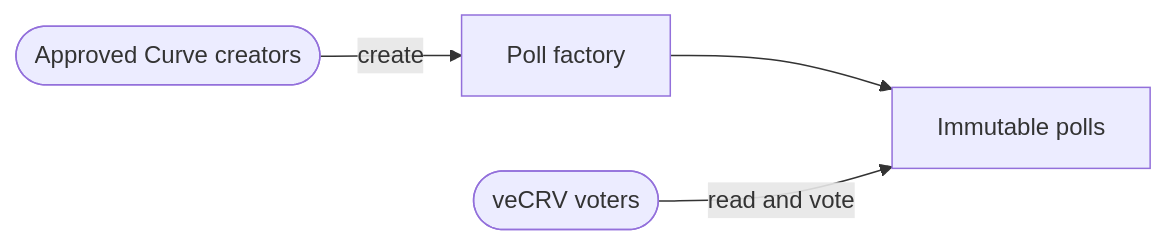
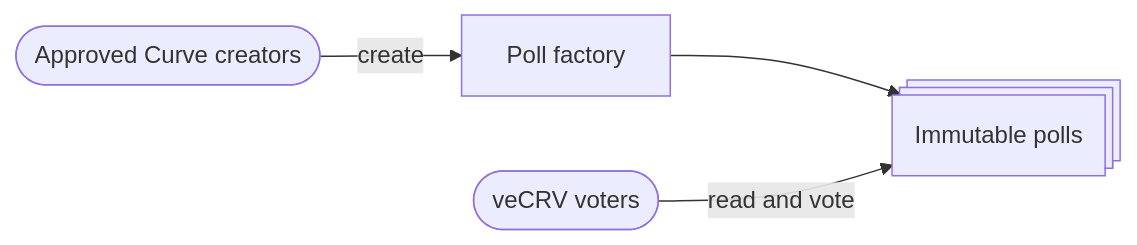
The diagram in README.md (wavey0x/vecrv-choice-poll), drawn with Mermaid before and after one commit.

Commit message:
Show polls as a contract stack

````diff
--- a/README.md
+++ b/README.md
@@ -9,6 +9,6 @@
 ```mermaid
 flowchart LR
     Creators([Approved Curve creators]) -->|create| Factory[Poll factory]
-    Factory --> Polls[Immutable polls]
+    Factory --> Polls@{ shape: processes, label: "Immutable polls" }
     Voters([veCRV voters]) -->|read and vote| Polls
 ```
````
